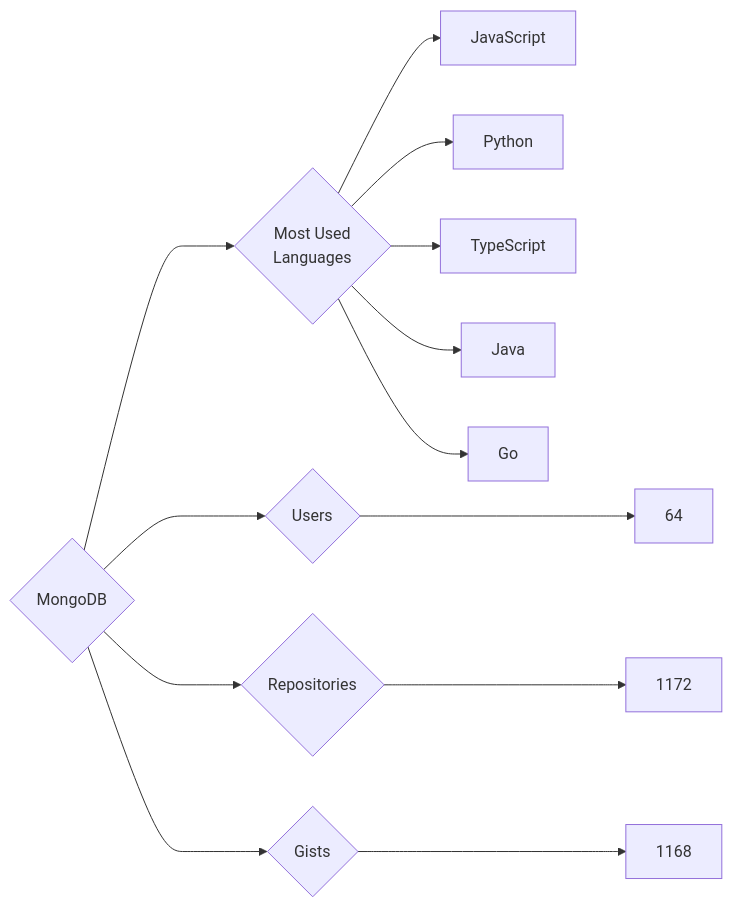
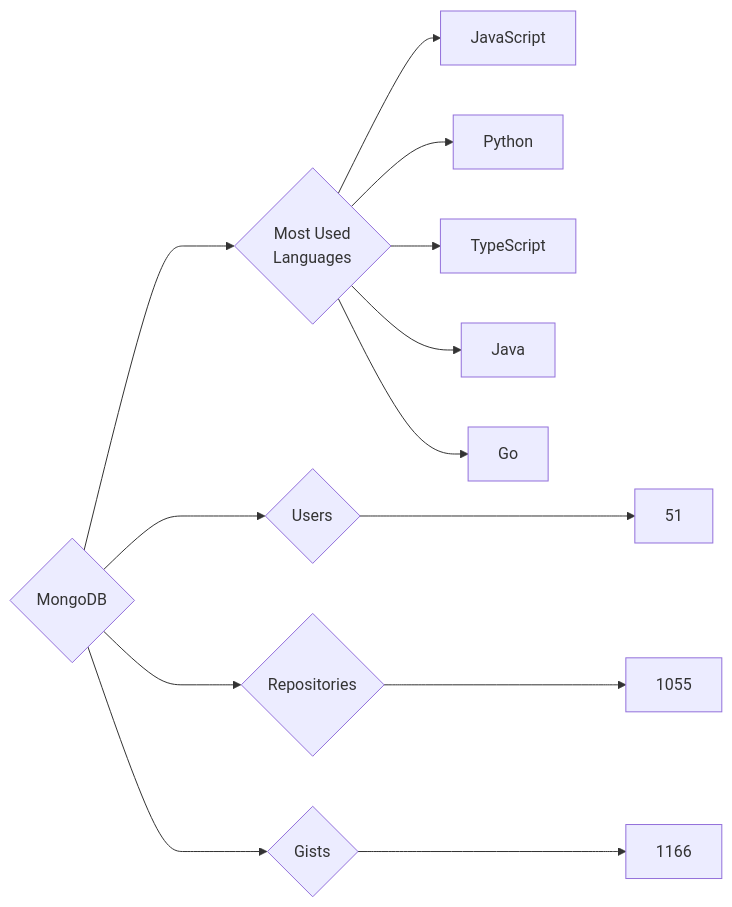
The diagram in targets/MongoDB/README.md (trickest/insiders), drawn with Mermaid before and after one commit. The commit also changed 870 other files, not shown here.

````diff
--- a/targets/MongoDB/README.md
+++ b/targets/MongoDB/README.md
@@ -3,13 +3,13 @@
 ```mermaid
 graph LR
 COMPANY_NAME{MongoDB}
-COMPANY_NAME ---> U{Users} ---> UN[64]
-COMPANY_NAME ---> R{Repositories} ---> RN[1172]
-COMPANY_NAME ---> G{Gists} ---> GN[1168]
+COMPANY_NAME ---> U{Users} ---> UN[51]
+COMPANY_NAME ---> R{Repositories} ---> RN[1055]
+COMPANY_NAME ---> G{Gists} ---> GN[1166]
 COMPANY_NAME ---> ML{Most Used<br>Languages}
 ML --> JavaScript[JavaScript]
 ML --> Python[Python]
 ML --> TypeScript[TypeScript]
 ML --> Java[Java]
 ML --> Go[Go]
 ```
````
